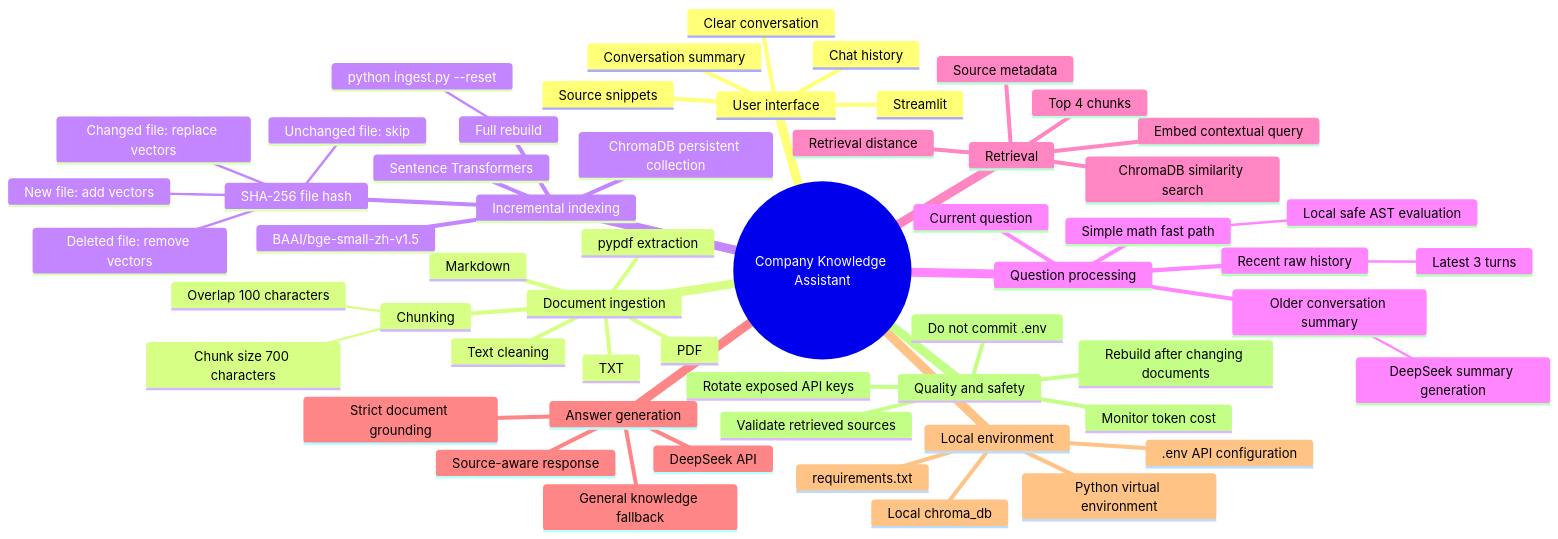
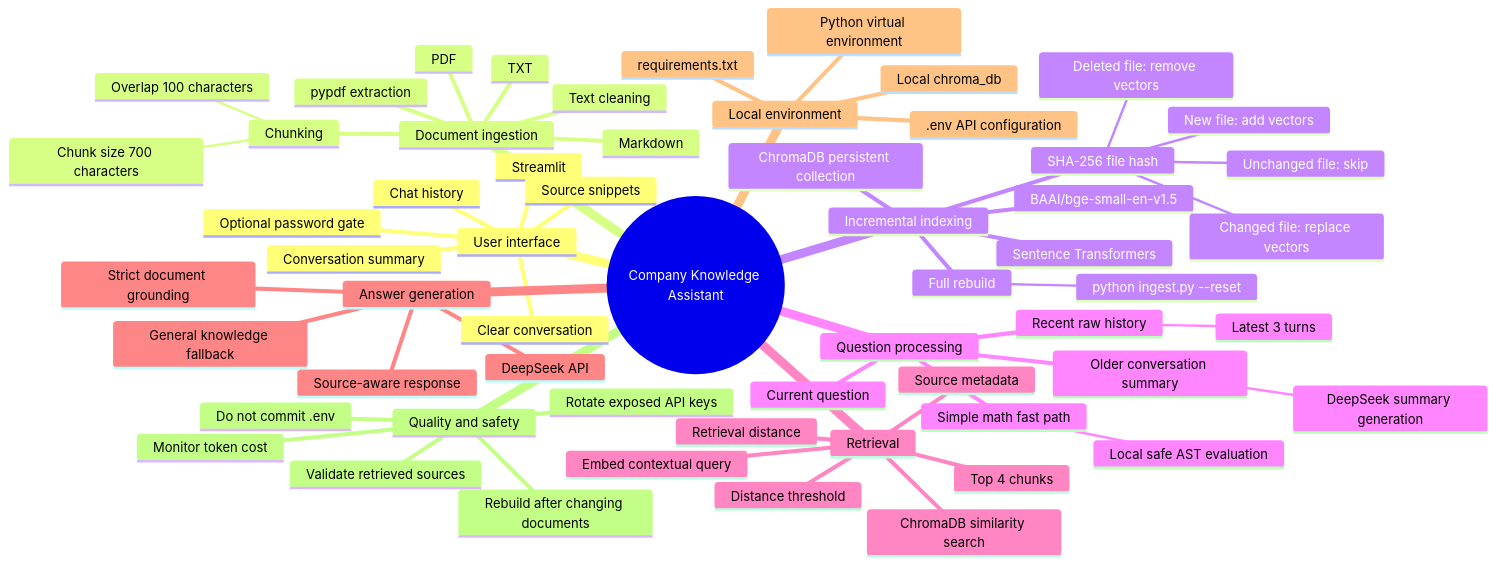
One commit to ylceadap/RAG_DEMO changed the first of 2 diagrams in ARCHITECTURE.md. Above: the diagram before and after it, drawn with Mermaid. The commit also changed other lines of this file and 12 other files, not shown here.

````diff
--- a/ARCHITECTURE.md
+++ b/ARCHITECTURE.md
@@ -7,60 +7,62 @@
 ```mermaid
 mindmap
   root((Company Knowledge Assistant))
     User interface
       Streamlit
       Chat history
       Conversation summary
       Clear conversation
       Source snippets
+      Optional password gate
     Document ingestion
       TXT
       Markdown
       PDF
       pypdf extraction
       Text cleaning
       Chunking
         Chunk size 700 characters
         Overlap 100 characters
     Incremental indexing
       ChromaDB persistent collection
       Sentence Transformers
-      BAAI/bge-small-zh-v1.5
+      BAAI/bge-small-en-v1.5
       SHA-256 file hash
         New file: add vectors
         Changed file: replace vectors
         Unchanged file: skip
         Deleted file: remove vectors
       Full rebuild
         python ingest.py --reset
     Question processing
       Current question
       Recent raw history
         Latest 3 turns
       Older conversation summary
         DeepSeek summary generation
       Simple math fast path
         Local safe AST evaluation
     Retrieval
       Embed contextual query
       ChromaDB similarity search
       Top 4 chunks
+      Distance threshold
       Source metadata
       Retrieval distance
     Answer generation
       DeepSeek API
       Strict document grounding
       General knowledge fallback
       Source-aware response
     Local environment
       Python virtual environment
       requirements.txt
       .env API configuration
       Local chroma_db
     Quality and safety
       Do not commit .env
       Rotate exposed API keys
       Rebuild after changing documents
       Validate retrieved sources
       Monitor token cost
 ```
````
